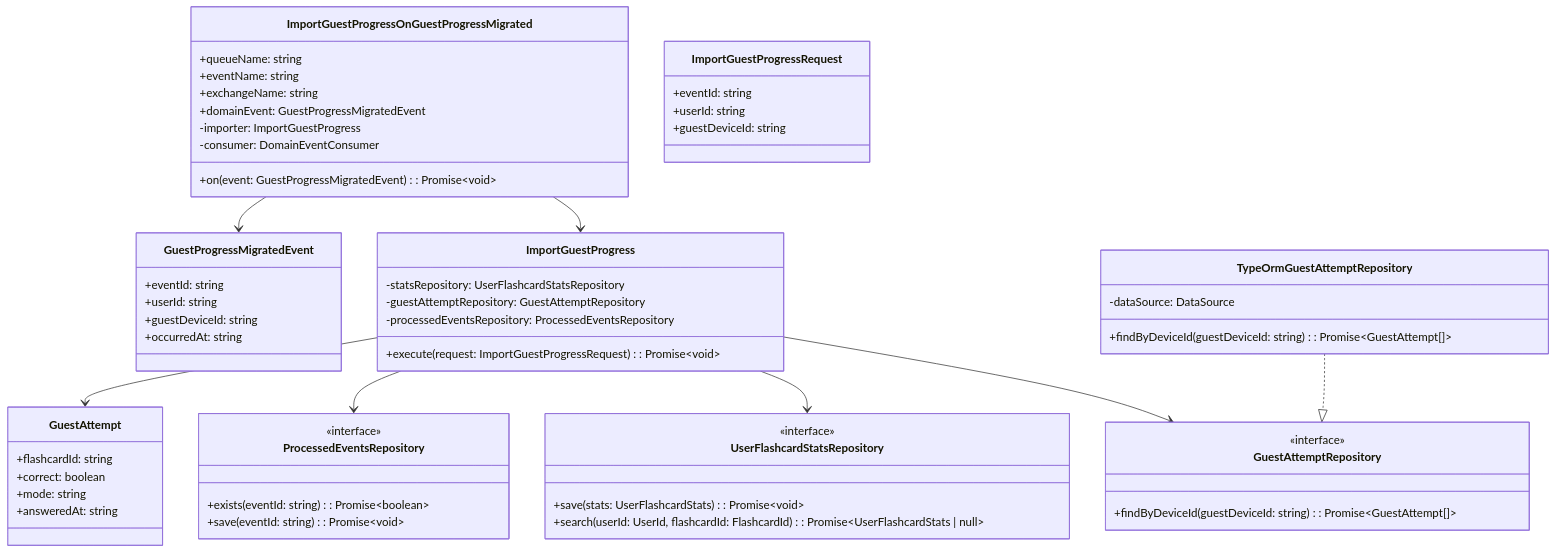
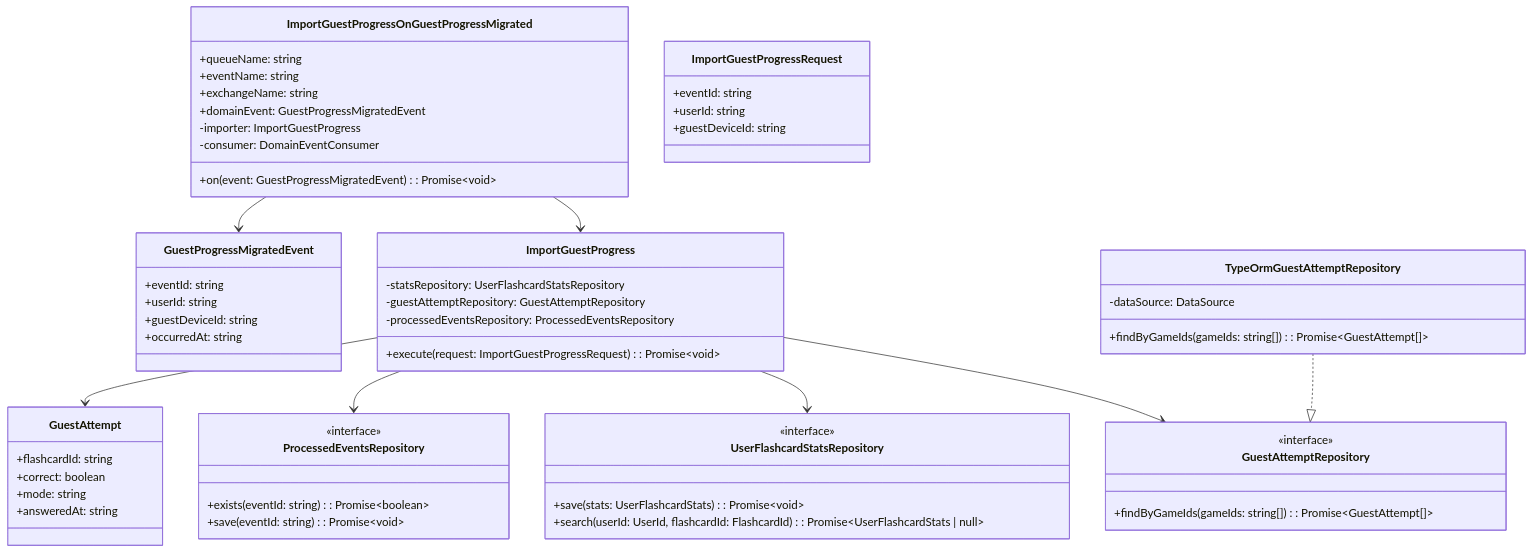
One commit to AbrahamVilchesDeLaCruz/ididntcatchthat changed the diagram in docs/apps/api/progress/import-guest-progress/classes.md. Above: the diagram before and after it, drawn with Mermaid. The commit also changed 23 other files, not shown here.

````diff
--- a/docs/apps/api/progress/import-guest-progress/classes.md
+++ b/docs/apps/api/progress/import-guest-progress/classes.md
@@ -3,69 +3,69 @@
 ```mermaid
 classDiagram
     class ImportGuestProgressOnGuestProgressMigrated {
         +queueName: string
         +eventName: string
         +exchangeName: string
         +domainEvent: GuestProgressMigratedEvent
         -importer: ImportGuestProgress
         -consumer: DomainEventConsumer
         +on(event: GuestProgressMigratedEvent): Promise~void~
     }
 
     class ImportGuestProgress {
         -statsRepository: UserFlashcardStatsRepository
         -guestAttemptRepository: GuestAttemptRepository
         -processedEventsRepository: ProcessedEventsRepository
         +execute(request: ImportGuestProgressRequest): Promise~void~
     }
 
     class ImportGuestProgressRequest {
         +eventId: string
         +userId: string
         +guestDeviceId: string
     }
 
     class GuestProgressMigratedEvent {
         +eventId: string
         +userId: string
         +guestDeviceId: string
         +occurredAt: string
     }
 
     class GuestAttempt {
         +flashcardId: string
         +correct: boolean
         +mode: string
         +answeredAt: string
     }
 
     class GuestAttemptRepository {
         <<interface>>
-        +findByDeviceId(guestDeviceId: string): Promise~GuestAttempt[]~
+        +findByGameIds(gameIds: string[]): Promise~GuestAttempt[]~
     }
 
     class ProcessedEventsRepository {
         <<interface>>
         +exists(eventId: string): Promise~boolean~
         +save(eventId: string): Promise~void~
     }
 
     class UserFlashcardStatsRepository {
         <<interface>>
         +save(stats: UserFlashcardStats): Promise~void~
         +search(userId: UserId, flashcardId: FlashcardId): Promise~UserFlashcardStats | null~
     }
 
     class TypeOrmGuestAttemptRepository {
         -dataSource: DataSource
-        +findByDeviceId(guestDeviceId: string): Promise~GuestAttempt[]~
+        +findByGameIds(gameIds: string[]): Promise~GuestAttempt[]~
     }
 
     ImportGuestProgressOnGuestProgressMigrated --> ImportGuestProgress
     ImportGuestProgressOnGuestProgressMigrated --> GuestProgressMigratedEvent
     ImportGuestProgress --> GuestAttemptRepository
     ImportGuestProgress --> UserFlashcardStatsRepository
     ImportGuestProgress --> ProcessedEventsRepository
     ImportGuestProgress --> GuestAttempt
     TypeOrmGuestAttemptRepository ..|> GuestAttemptRepository
 ```
````
